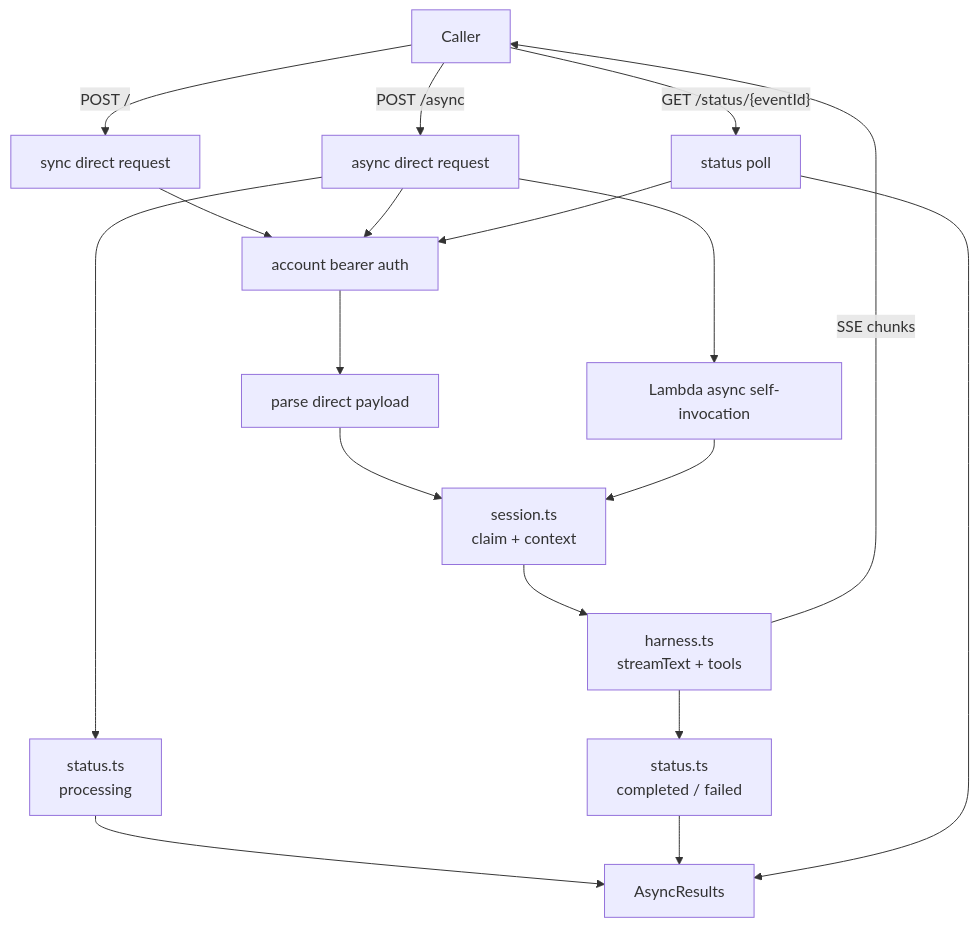
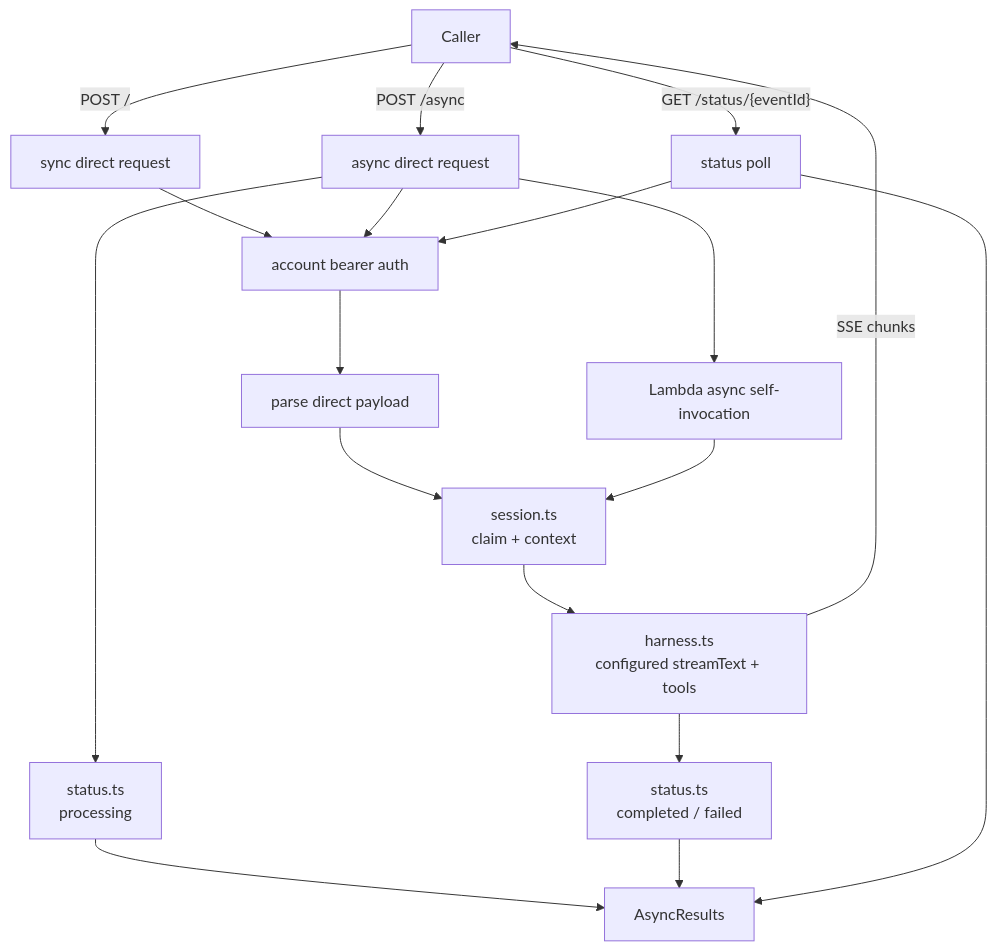
One commit to beeblastco/filthy-panty changed the fifth of 7 diagrams in docs/architecture.md. Above: the diagram before and after it, drawn with Mermaid. The commit also changed other lines of this file and 18 other files, not shown here.

````diff
--- a/docs/architecture.md
+++ b/docs/architecture.md
@@ -101,23 +101,23 @@
 ```mermaid
 flowchart TD
   Caller["Caller"] -->|"POST /"| Sync["sync direct request"]
   Caller -->|"POST /async"| Async["async direct request"]
 
   Sync --> Auth["account bearer auth"]
   Async --> Auth
   Auth --> Parse["parse direct payload"]
   Parse --> Session["session.ts<br/>claim + context"]
-  Session --> Agent["harness.ts<br/>streamText + tools"]
+  Session --> Agent["harness.ts<br/>configured streamText + tools"]
   Agent -->|"SSE chunks"| Caller
 
   Async --> Pending["status.ts<br/>processing"]
   Pending --> AsyncTable["AsyncResults"]
   Async --> SelfInvoke["Lambda async self-invocation"]
   SelfInvoke --> Session
   Agent --> Complete["status.ts<br/>completed / failed"]
   Complete --> AsyncTable
 
   Caller -->|"GET /status/{eventId}"| Status["status poll"]
   Status --> Auth
   Status --> AsyncTable
 ```
````
